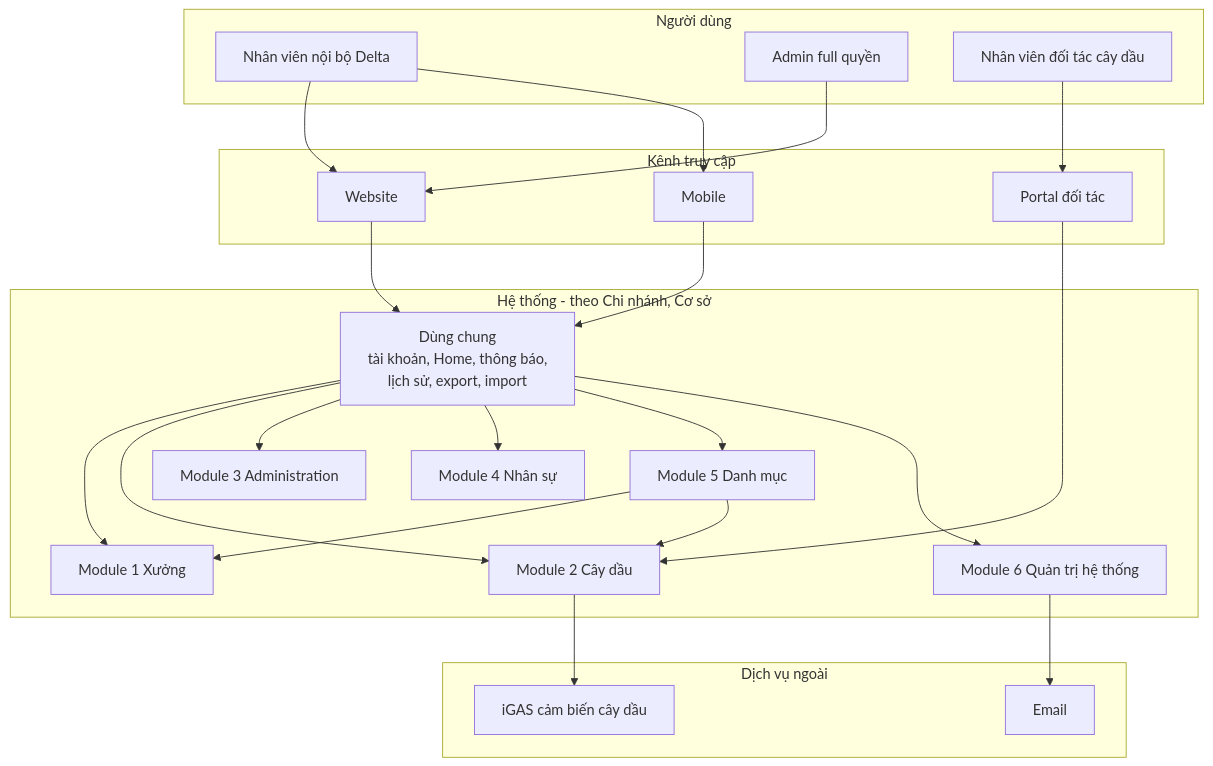
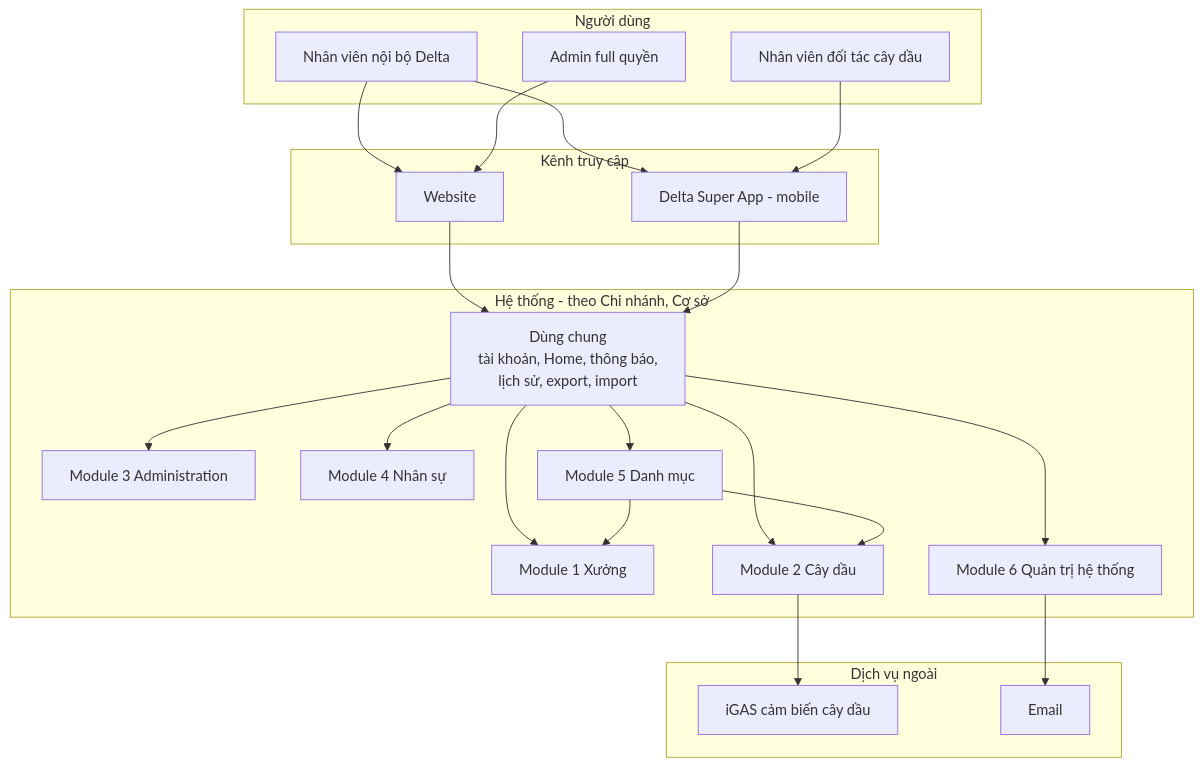
One commit to szitphan/invlogis changed the diagram in docs/_shared/system-overview.md. Above: the diagram before and after it, drawn with Mermaid. The commit also changed other lines of this file and 11 other files, not shown here.

First line of the commit message:
Rename App Lái xe to Delta Super App; merge Partner Portal into it

````diff
--- a/docs/_shared/system-overview.md
+++ b/docs/_shared/system-overview.md
@@ -74,43 +74,41 @@
 ```mermaid
 graph TB
   subgraph NguoiDung[Người dùng]
     NV[Nhân viên nội bộ Delta]
     AD[Admin full quyền]
     DT[Nhân viên đối tác cây dầu]
   end
   subgraph Kenh[Kênh truy cập]
     Web[Website]
-    Mob[Mobile]
-    Portal[Portal đối tác]
+    Mob[Delta Super App - mobile]
   end
   subgraph HeThong["Hệ thống - theo Chi nhánh, Cơ sở"]
     Chung["Dùng chung<br/>tài khoản, Home, thông báo,<br/>lịch sử, export, import"]
     M1[Module 1 Xưởng]
     M2[Module 2 Cây dầu]
     M3[Module 3 Administration]
     M4[Module 4 Nhân sự]
     M5[Module 5 Danh mục]
     M6[Module 6 Quản trị hệ thống]
   end
   subgraph BenNgoai[Dịch vụ ngoài]
     IGAS[iGAS cảm biến cây dầu]
     Mail[Email]
   end
   NV --> Web
   NV --> Mob
   AD --> Web
-  DT --> Portal
+  DT --> Mob
   Web --> Chung
   Mob --> Chung
-  Portal --> M2
   Chung --> M1
   Chung --> M2
   Chung --> M3
   Chung --> M4
   Chung --> M5
   Chung --> M6
   M5 --> M1
   M5 --> M2
   M2 --> IGAS
   M6 --> Mail
 ```
````
